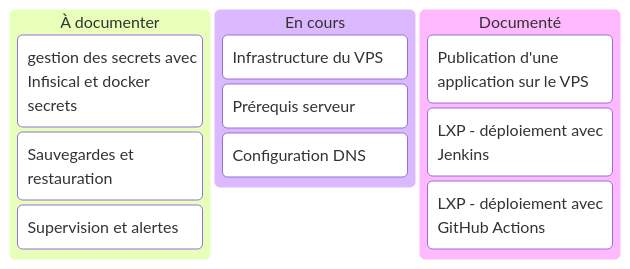
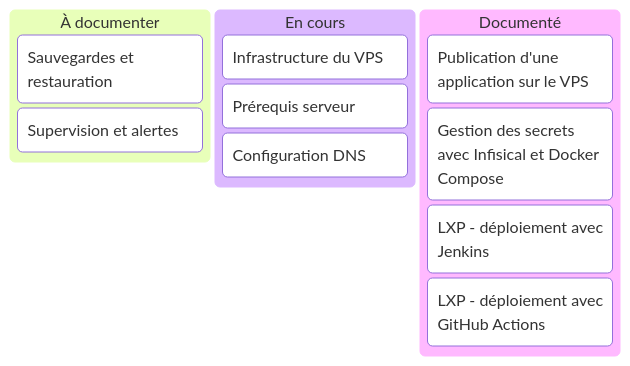
Before and after one commit to Martin-dhlle/step-eco-dev-docs-starlight: the diagram in src/content/docs/suivi-documentation.md, drawn with Mermaid. The commit also changed 5 other files, not shown here.

````diff
--- a/src/content/docs/suivi-documentation.md
+++ b/src/content/docs/suivi-documentation.md
@@ -8,15 +8,15 @@
 ```mermaid
 kanban
   todo[À documenter]
-    gestion des secrets avec Infisical et docker secrets
     backups[Sauvegardes et restauration]
     monitoring[Supervision et alertes]
   inProgress[En cours]
     infrastructure[Infrastructure du VPS]
     prerequisites[Prérequis serveur]
     dns[Configuration DNS]
   done[Documenté]
     appDeployment[Publication d'une application sur le VPS]
+    secretManagement[Gestion des secrets avec Infisical et Docker Compose]
     lxpJenkins[LXP - déploiement avec Jenkins]
     lxpActions[LXP - déploiement avec GitHub Actions]
 ```
````
